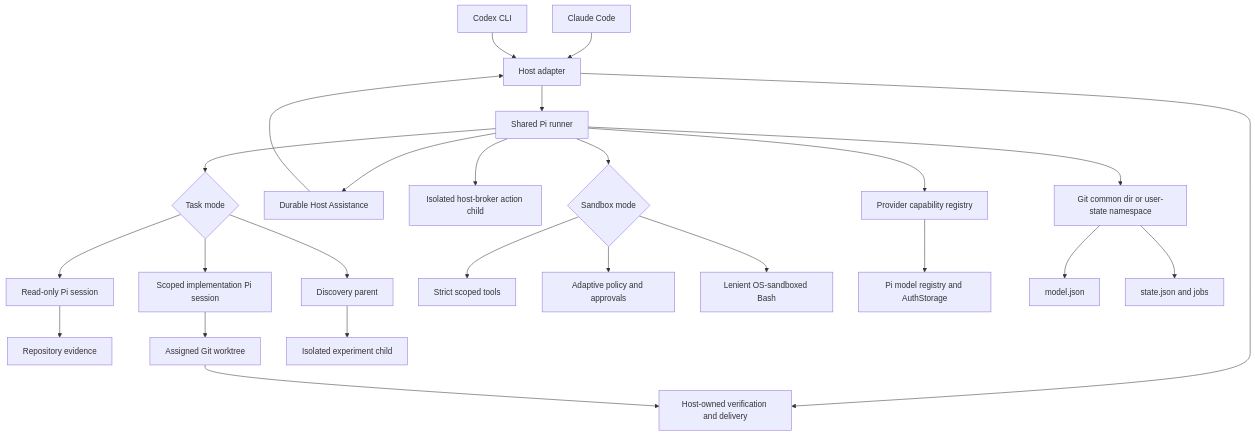
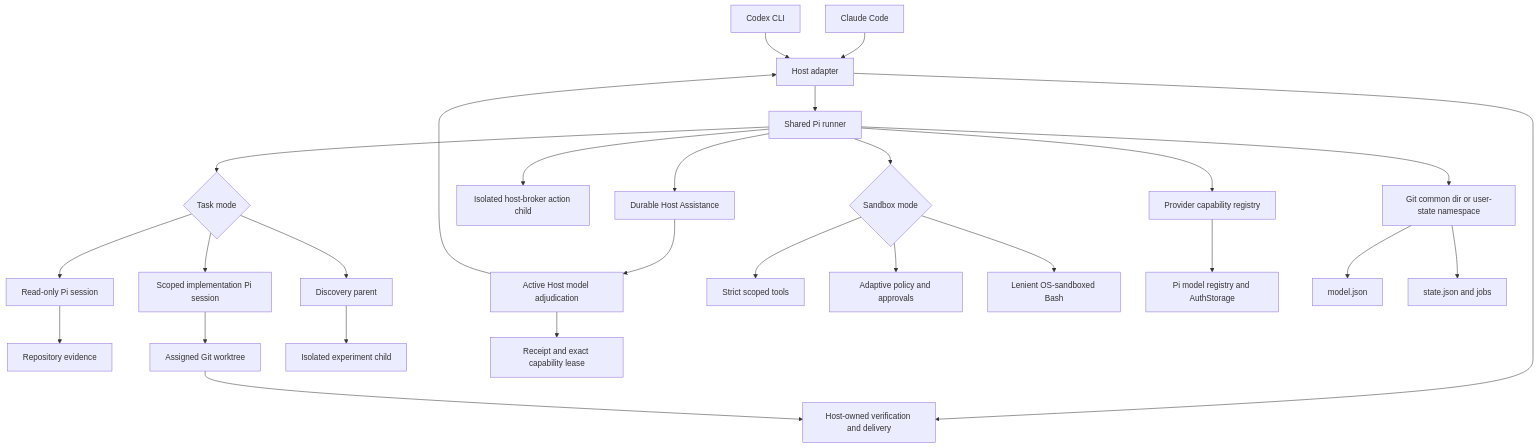
The diagram in docs/architecture.md (JiaWeiXie/swarm-pi-code-plugin), drawn with Mermaid before and after one commit. The commit also changed other lines of this file and 70 other files, not shown here.

````diff
--- a/docs/architecture.md
+++ b/docs/architecture.md
@@ -17,27 +17,29 @@
 ```mermaid
 flowchart TB
     CC[Claude Code] --> H[Host adapter]
     X[Codex CLI] --> H
     H --> R[Shared Pi runner]
     R --> Q{Task mode}
     Q --> O[Read-only Pi session]
     Q --> I[Scoped implementation Pi session]
     Q --> DS[Discovery parent]
     O --> F[Repository evidence]
     I --> W[Assigned Git worktree]
     DS --> EX[Isolated experiment child]
     R --> HA[Durable Host Assistance]
-    HA --> H
+    HA --> HM[Active Host model adjudication]
+    HM --> H
+    HM --> RC[Receipt and exact capability lease]
     R --> AC[Isolated host-broker action child]
     R --> B{Sandbox mode}
     B --> T[Strict scoped tools]
     B --> A[Adaptive policy and approvals]
     B --> L[Lenient OS-sandboxed Bash]
     R --> D[Git common dir or user-state namespace]
     R --> CR[Provider capability registry]
     CR --> PR[Pi model registry and AuthStorage]
     D --> MF[model.json]
     D --> S[state.json and jobs]
     H --> V[Host-owned verification and delivery]
     W --> V
 ```
````
